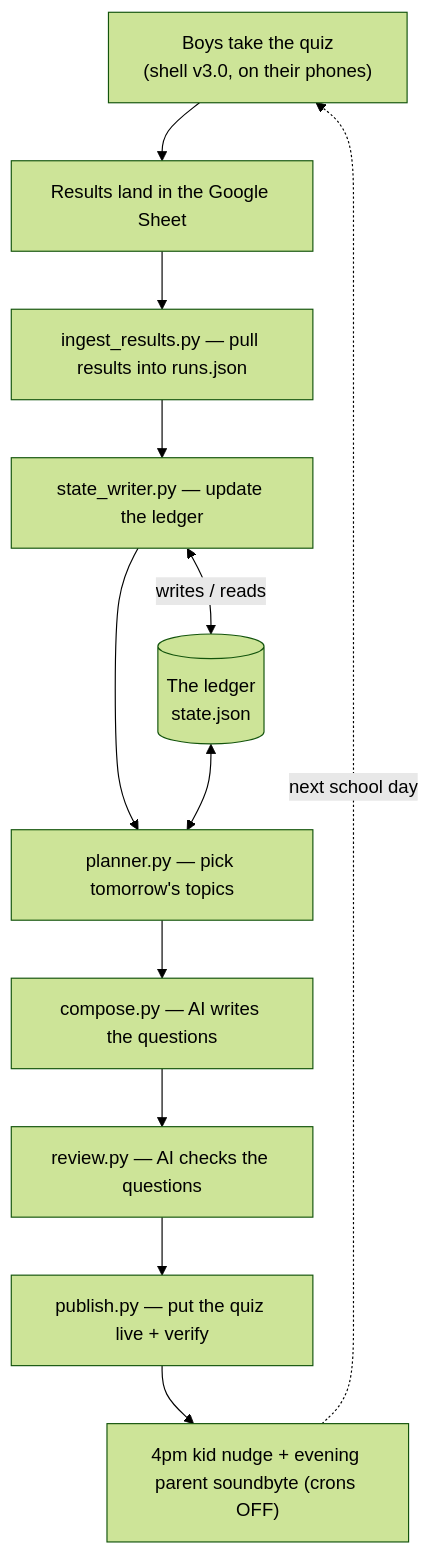
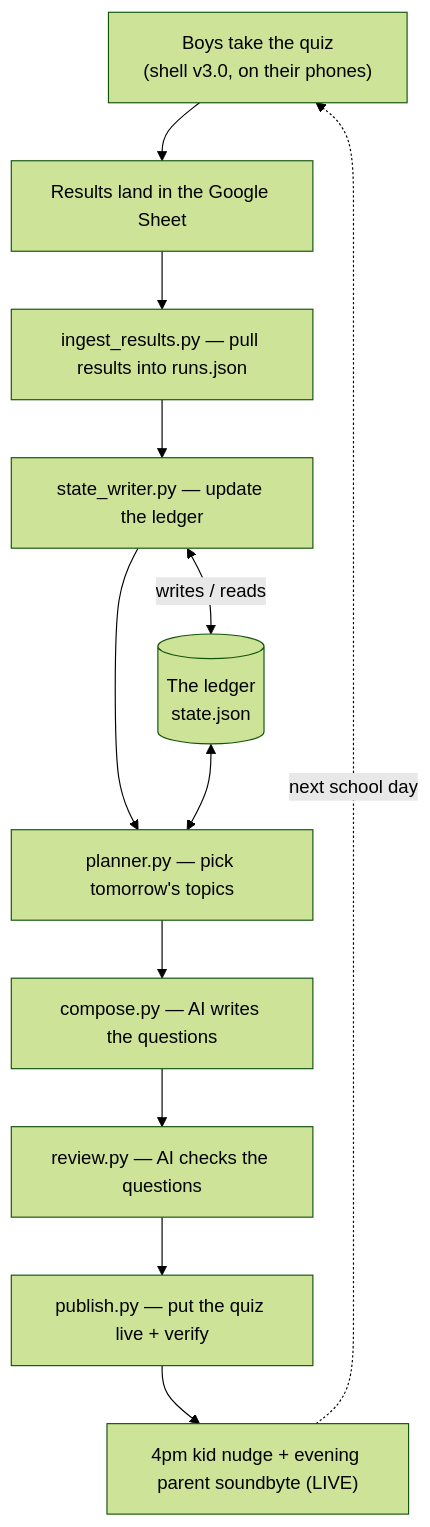
One commit to Rich898/DailyXP-content changed the diagram in SYSTEM-MAP.md. Above: the diagram before and after it, drawn with Mermaid (forest theme). The commit also changed other lines of this file and 4 other files, not shown here.

Commit message:
Docs: go-live state (crons LIVE), WEEK-1 OPS runbook, YAML-editing law

````diff
--- a/SYSTEM-MAP.md
+++ b/SYSTEM-MAP.md
@@ -28,14 +28,14 @@
 ```mermaid
 flowchart TD
     A["Boys take the quiz<br/>(shell v3.0, on their phones)"] --> B["Results land in the Google Sheet"]
     B --> C["ingest_results.py — pull results into runs.json"]
     C --> D["state_writer.py — update the ledger"]
     D <-->|writes / reads| L[("The ledger<br/>state.json")]
     D --> E["planner.py — pick tomorrow's topics"]
     L <--> E
     E --> F["compose.py — AI writes the questions"]
     F --> G["review.py — AI checks the questions"]
     G --> H["publish.py — put the quiz live + verify"]
-    H --> I["4pm kid nudge + evening parent soundbyte (crons OFF)"]
+    H --> I["4pm kid nudge + evening parent soundbyte (LIVE)"]
     I -.->|next school day| A
 ```
````
